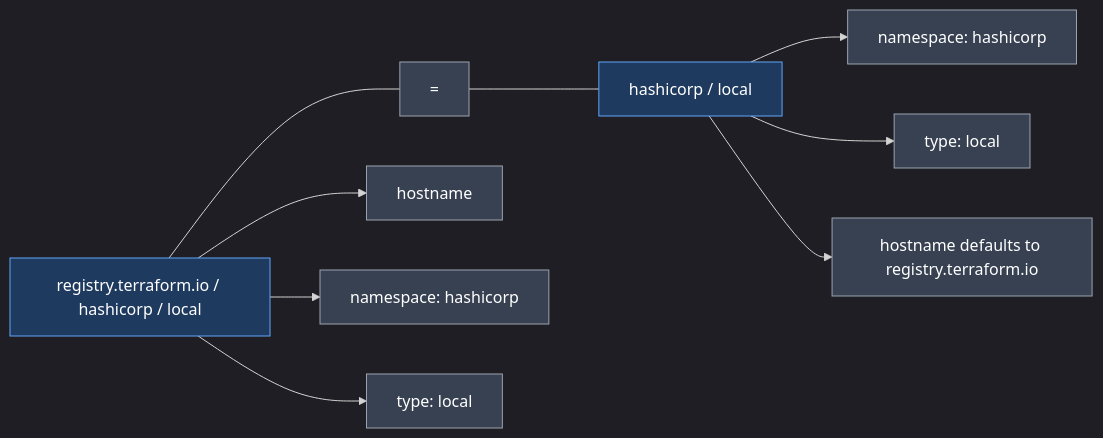
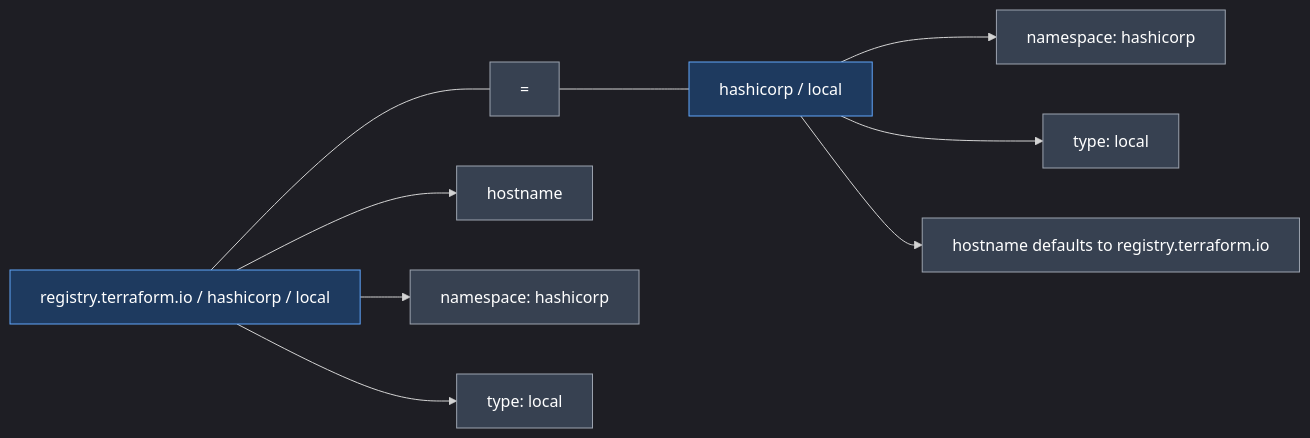
The fifth of 9 diagrams in 04_Core_Terraform_Basics/01_Terraform_Provider.md (nirajp82/Terraform_Basics), drawn with Mermaid before and after one commit. The commit also changed other lines of this file and 2 other files, not shown here.

Commit message:
Update Diagram

````diff
--- a/04_Core_Terraform_Basics/01_Terraform_Provider.md
+++ b/04_Core_Terraform_Basics/01_Terraform_Provider.md
@@ -149,24 +149,24 @@
 ```mermaid
-%%{init: {'theme': 'dark'}}%%
+%%{init: {'theme': 'dark', 'flowchart': {'htmlLabels': true}}}%%
 flowchart LR
-    FULL["registry.terraform.io / hashicorp / local"]
+    FULL["<div style='white-space:nowrap'>registry.terraform.io / hashicorp / local</div>"]
     SHORT["hashicorp / local"]
     FULL --- EQ["="]
     EQ --- SHORT
     FULL --> H1["hostname"]
     FULL --> N1["namespace: hashicorp"]
     FULL --> T1["type: local"]
     SHORT --> N2["namespace: hashicorp"]
     SHORT --> T2["type: local"]
-    SHORT --> DEF["hostname defaults to registry.terraform.io"]
+    SHORT --> DEF["<div style='white-space:nowrap'>hostname defaults to registry.terraform.io</div>"]
 
     style FULL fill:#1e3a5f,stroke:#60a5fa,color:#ffffff
     style SHORT fill:#1e3a5f,stroke:#60a5fa,color:#ffffff
     style EQ fill:#374151,stroke:#9ca3af,color:#ffffff
     style H1 fill:#374151,stroke:#9ca3af,color:#ffffff
     style N1 fill:#374151,stroke:#9ca3af,color:#ffffff
     style T1 fill:#374151,stroke:#9ca3af,color:#ffffff
     style N2 fill:#374151,stroke:#9ca3af,color:#ffffff
     style T2 fill:#374151,stroke:#9ca3af,color:#ffffff
     style DEF fill:#374151,stroke:#9ca3af,color:#ffffff
 ```
````
